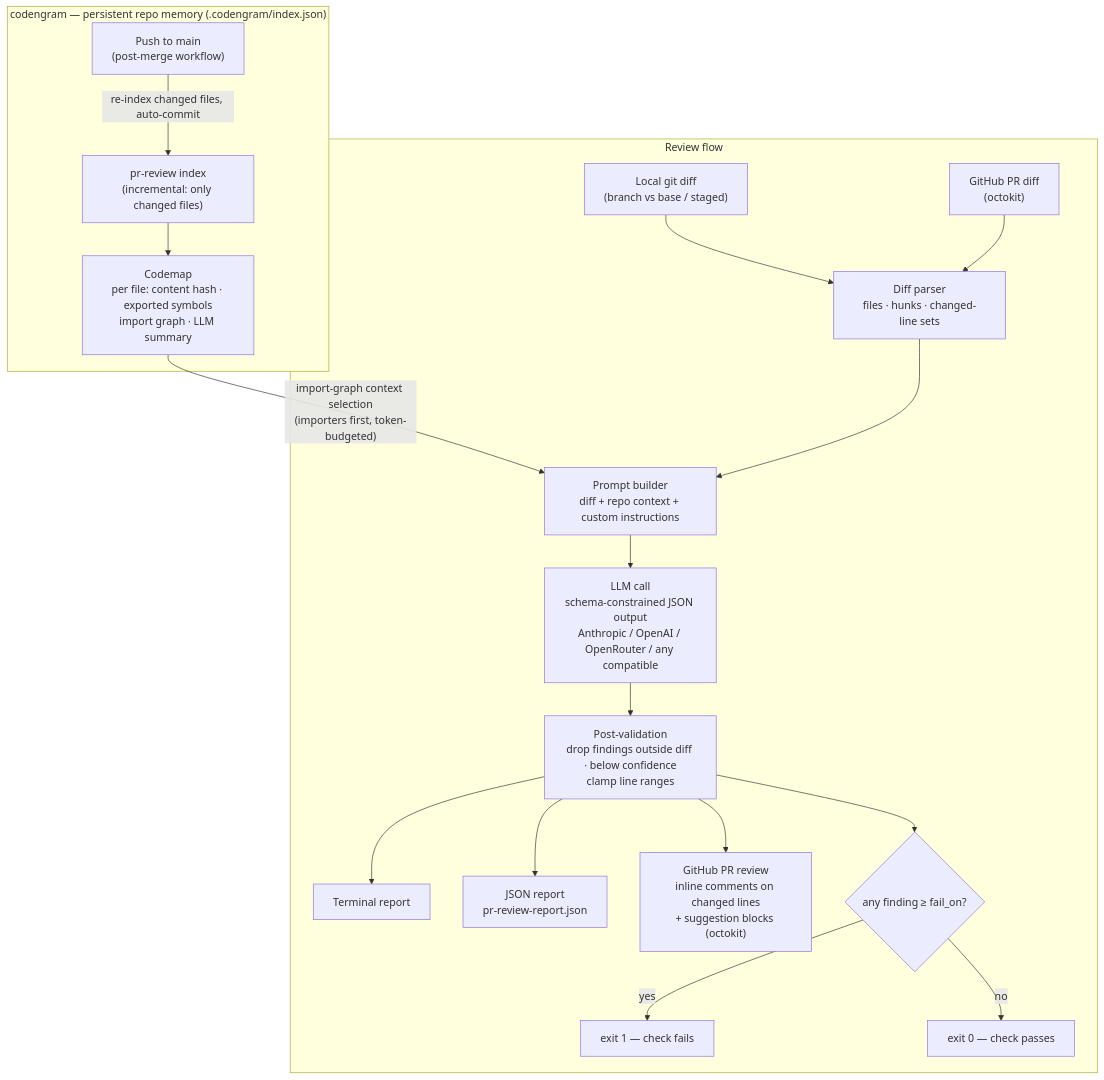
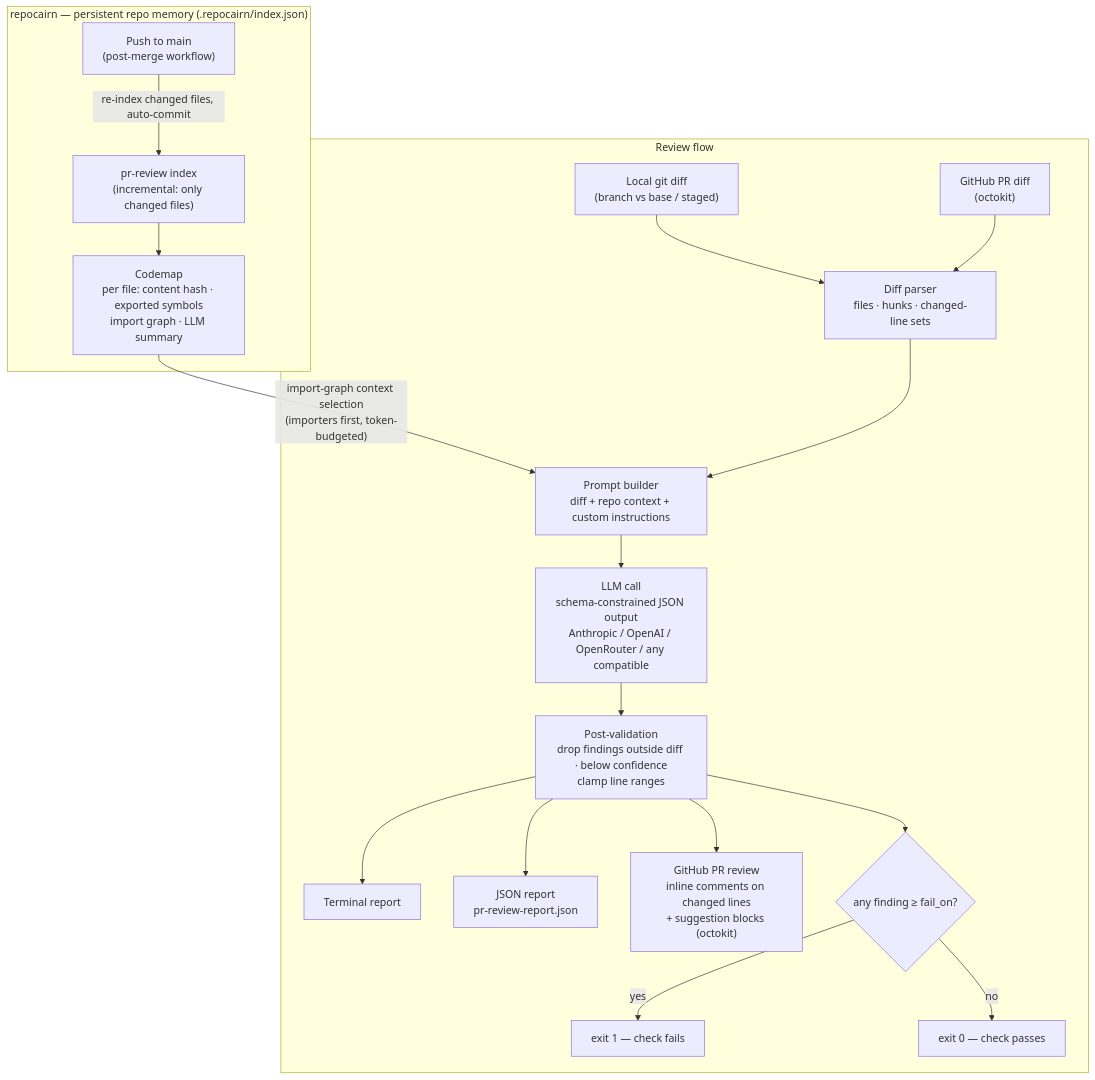
One commit to rv-ranbir/ai-tools changed the diagram in README.md. Above: the diagram before and after it, drawn with Mermaid. The commit also changed other lines of this file and 12 other files, not shown here.

````diff
--- a/README.md
+++ b/README.md
@@ -21,22 +21,22 @@
 ```mermaid
 flowchart TD
-    subgraph memory["codengram — persistent repo memory (.codengram/index.json)"]
+    subgraph memory["repocairn — persistent repo memory (.repocairn/index.json)"]
         IDX["pr-review index\n(incremental: only changed files)"] --> MAP["Codemap\nper file: content hash · exported symbols\nimport graph · LLM summary"]
         MERGE["Push to main\n(post-merge workflow)"] -->|re-index changed files, auto-commit| IDX
     end
 
     subgraph review["Review flow"]
         D1["Local git diff\n(branch vs base / staged)"] --> P["Diff parser\nfiles · hunks · changed-line sets"]
         D2["GitHub PR diff\n(octokit)"] --> P
         MAP -->|"import-graph context selection\n(importers first, token-budgeted)"| PR["Prompt builder\ndiff + repo context + custom instructions"]
         P --> PR
         PR --> LLM["LLM call\nschema-constrained JSON output\nAnthropic / OpenAI / OpenRouter / any compatible"]
         LLM --> V["Post-validation\ndrop findings outside diff · below confidence\nclamp line ranges"]
         V --> R1["Terminal report"]
         V --> R2["JSON report\npr-review-report.json"]
         V --> R3["GitHub PR review\ninline comments on changed lines\n+ suggestion blocks (octokit)"]
         V --> GATE{"any finding ≥ fail_on?"}
         GATE -->|yes| FAIL["exit 1 — check fails"]
         GATE -->|no| PASS["exit 0 — check passes"]
     end
 ```
````
